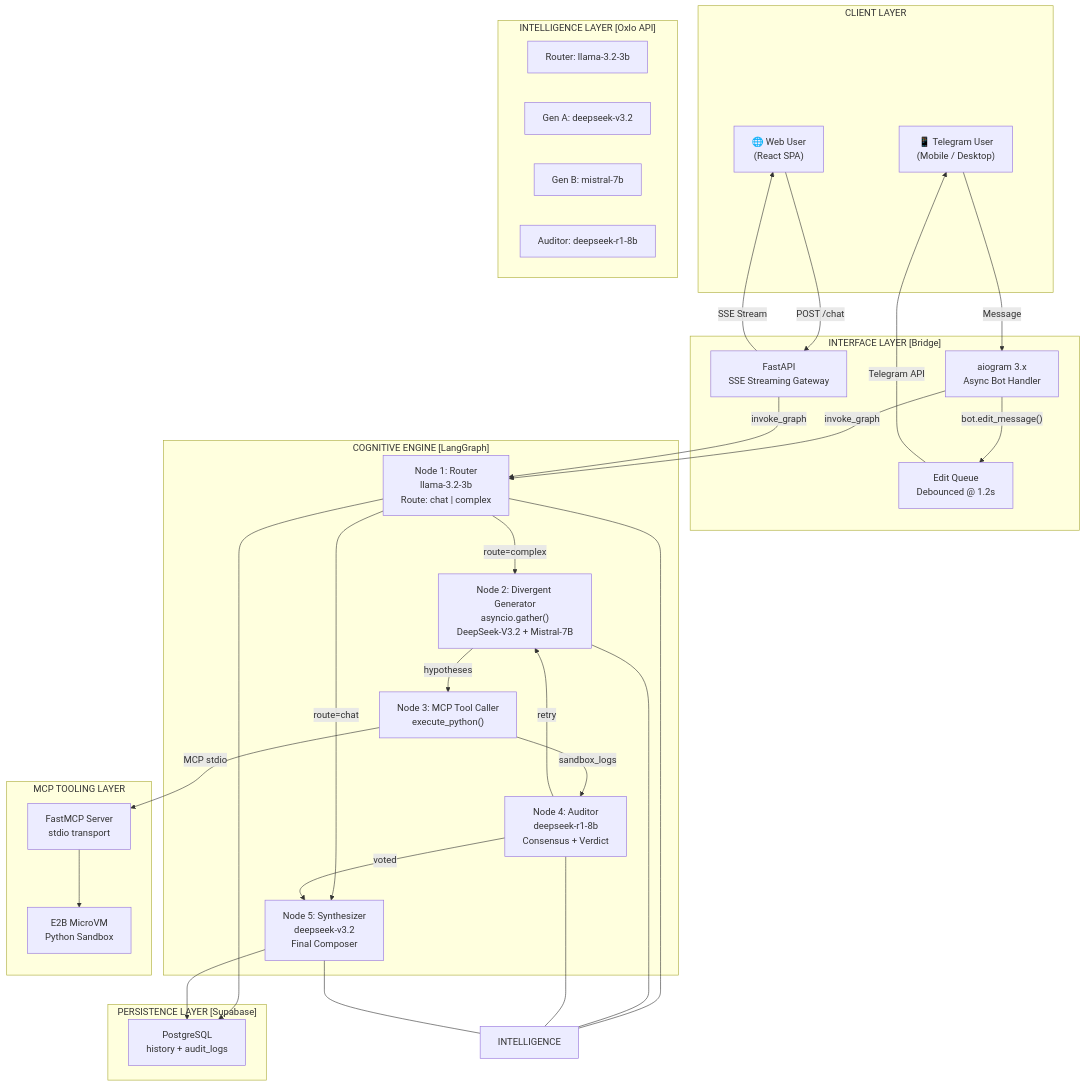
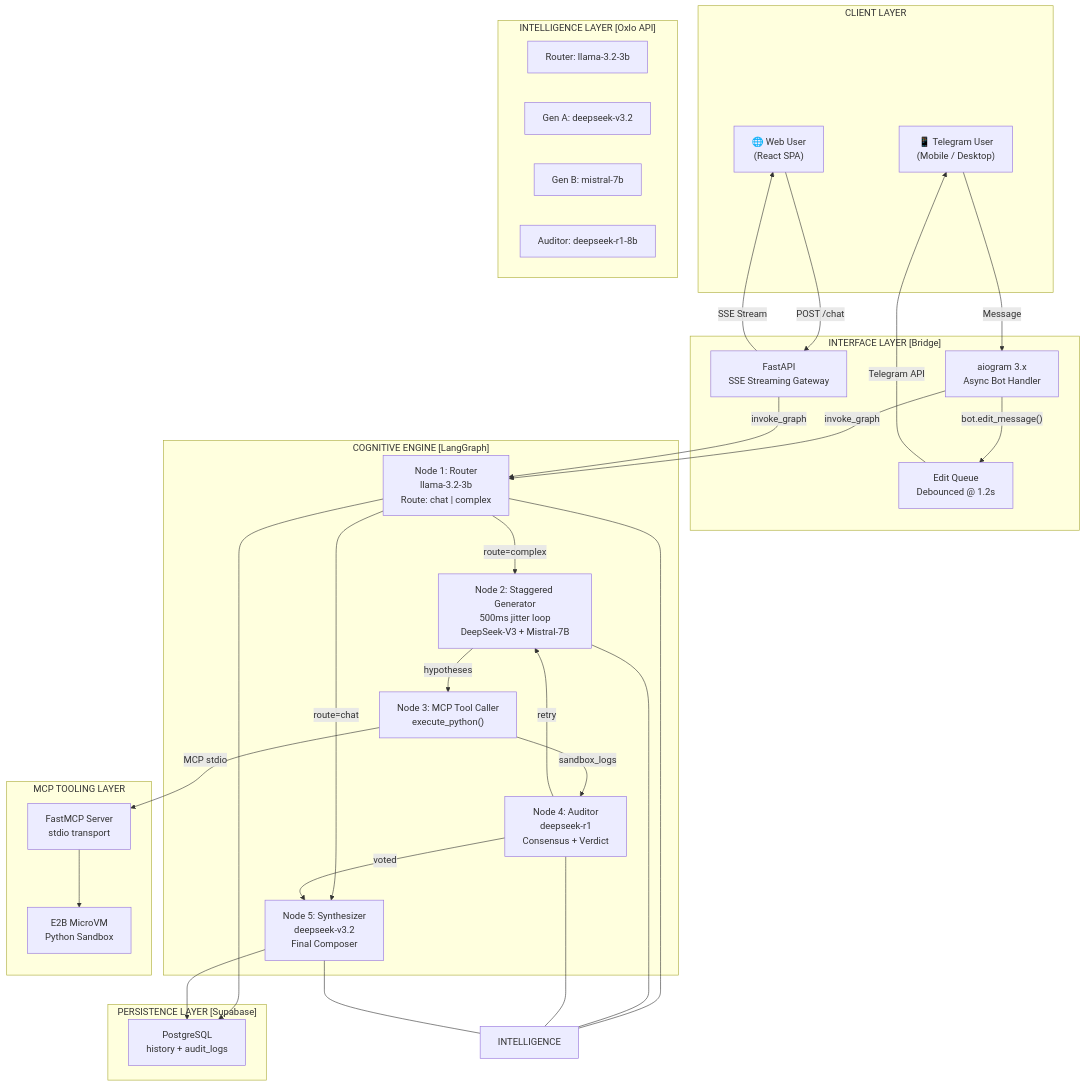
Before and after one commit to Rasslonely/Oxlo---Sentinel: the diagram in ARCHITECTURE.md, drawn with Mermaid. The commit also changed other lines of this file and 10 other files, not shown here.

Commit message:
feat: implement staggered parallelism per Karpathy-Audit roadmap

````diff
--- a/ARCHITECTURE.md
+++ b/ARCHITECTURE.md
@@ -48,57 +48,57 @@
 ```mermaid
 graph TD
     subgraph "CLIENT LAYER"
         TG["📱 Telegram User<br/>(Mobile / Desktop)"]
         WEB["🌐 Web User<br/>(React SPA)"]
     end
 
     subgraph "INTERFACE LAYER [Bridge]"
         AIO["aiogram 3.x<br/>Async Bot Handler"]
         FAST["FastAPI<br/>SSE Streaming Gateway"]
         EQ["Edit Queue<br/>Debounced @ 1.2s"]
         
         AIO -->|"bot.edit_message()"| EQ
         EQ -->|"Telegram API"| TG
         TG -->|"Message"| AIO
         
         FAST -->|"SSE Stream"| WEB
         WEB -->|"POST /chat"| FAST
     end
 
     subgraph "COGNITIVE ENGINE [LangGraph]"
         N1["Node 1: Router<br/>llama-3.2-3b<br/>Route: chat | complex"]
-        N2["Node 2: Divergent Generator<br/>asyncio.gather()<br/>DeepSeek-V3.2 + Mistral-7B"]
+        N2["Node 2: Staggered Generator<br/>500ms jitter loop<br/>DeepSeek-V3 + Mistral-7B"]
         N3["Node 3: MCP Tool Caller<br/>execute_python()"]
-        N4["Node 4: Auditor<br/>deepseek-r1-8b<br/>Consensus + Verdict"]
+        N4["Node 4: Auditor<br/>deepseek-r1<br/>Consensus + Verdict"]
         N5["Node 5: Synthesizer<br/>deepseek-v3.2<br/>Final Composer"]
 
         N1 -->|"route=complex"| N2
         N1 -->|"route=chat"| N5
         N2 -->|"hypotheses"| N3
         N3 -->|"sandbox_logs"| N4
         N4 -->|"retry"| N2
         N4 -->|"voted"| N5
     end
 
     subgraph "MCP TOOLING LAYER"
         MCPS["FastMCP Server<br/>stdio transport"]
         E2B["E2B MicroVM<br/>Python Sandbox"]
         MCPS --> E2B
     end
 
     subgraph "INTELLIGENCE LAYER [Oxlo API]"
         M1["Router: llama-3.2-3b"]
         M2["Gen A: deepseek-v3.2"]
         M3["Gen B: mistral-7b"]
         M4["Auditor: deepseek-r1-8b"]
     end
 
     subgraph "PERSISTENCE LAYER [Supabase]"
         PG["PostgreSQL<br/>history + audit_logs"]
     end
 
     AIO & FAST -->|"invoke_graph"| N1
     N3 -->|"MCP stdio"| MCPS
     N1 & N2 & N4 & N5 --- INTELLIGENCE
     N1 & N5 --> PG
 ```
````
